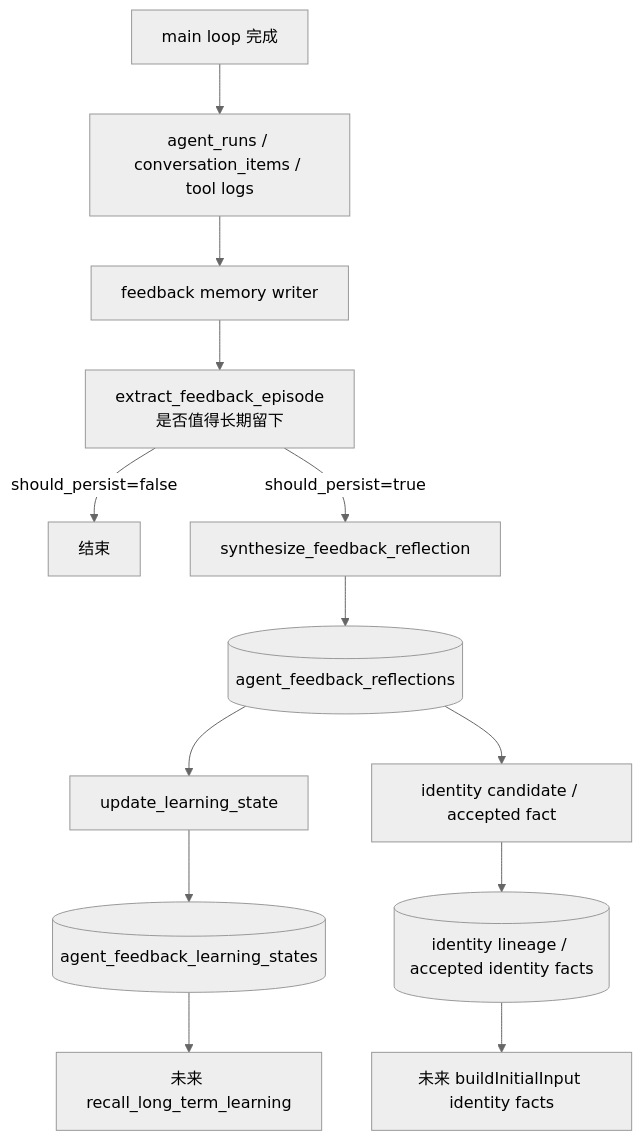
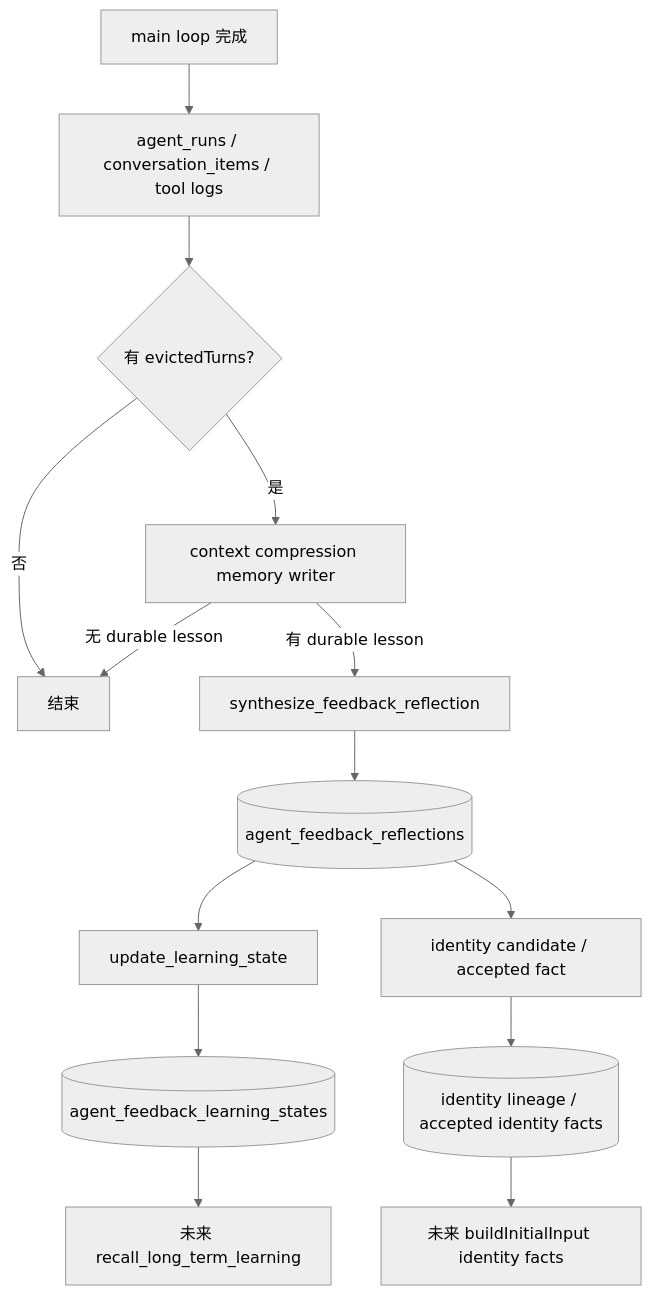
The eighth of 8 diagrams in docs/XIAONI_SPEAKING_FLOW.md (Hei-AI/xiaoni_cc), drawn with Mermaid (neutral theme) before and after one commit. The commit also changed other lines of this file and 3 other files, not shown here.

Commit message:
fix(agent): attribute compression feedback evidence

````diff
--- a/docs/XIAONI_SPEAKING_FLOW.md
+++ b/docs/XIAONI_SPEAKING_FLOW.md
@@ -654,15 +639,16 @@
 ```mermaid
 flowchart TD
   A[main loop 完成] --> B[agent_runs / conversation_items / tool logs]
-  B --> C[feedback memory writer]
-  C --> D[extract_feedback_episode<br/>是否值得长期留下]
-  D -->|should_persist=false| E[结束]
-  D -->|should_persist=true| F[synthesize_feedback_reflection]
+  B --> C{有 evictedTurns?}
+  C -->|否| E[结束]
+  C -->|是| D[context compression memory writer]
+  D -->|无 durable lesson| E
+  D -->|有 durable lesson| F[synthesize_feedback_reflection]
   F --> G[(agent_feedback_reflections)]
   G --> H[update_learning_state]
   H --> I[(agent_feedback_learning_states)]
   G --> J[identity candidate / accepted fact]
   J --> K[(identity lineage / accepted identity facts)]
   I --> L[未来 recall_long_term_learning]
   K --> M[未来 buildInitialInput identity facts]
 ```
````
